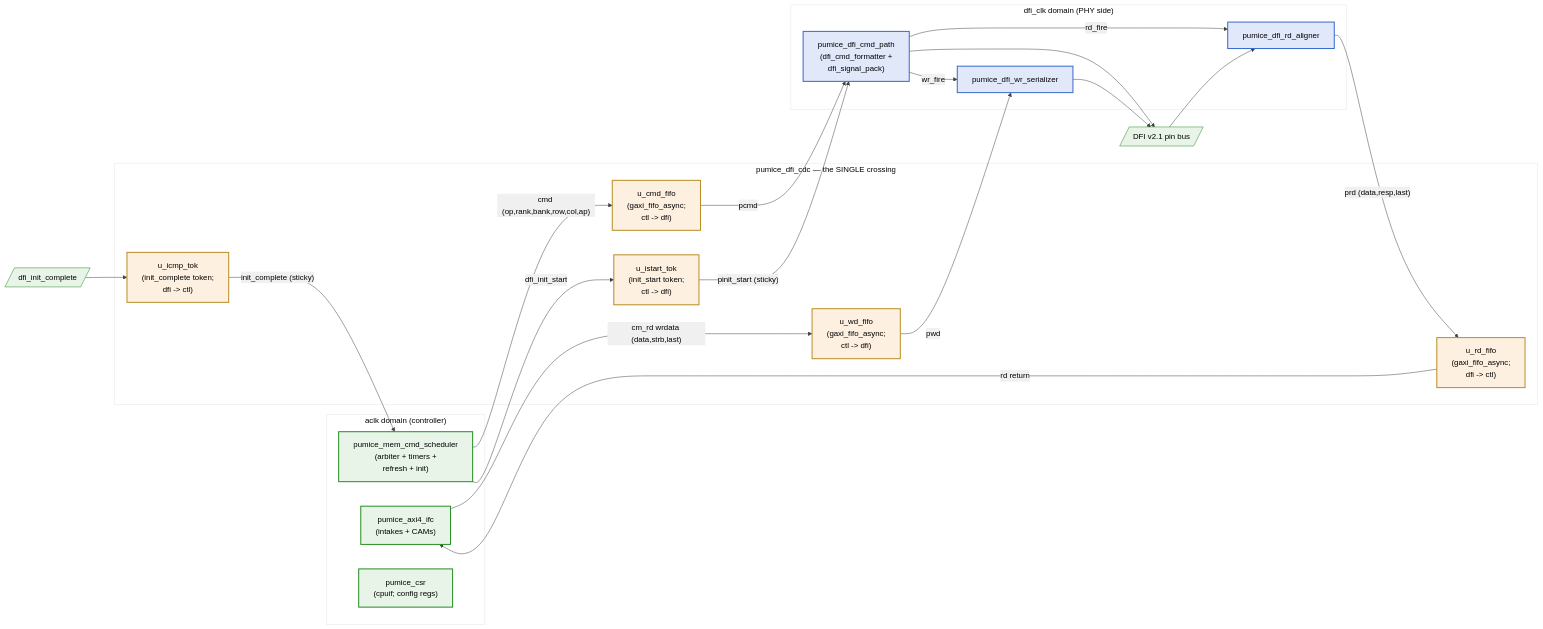
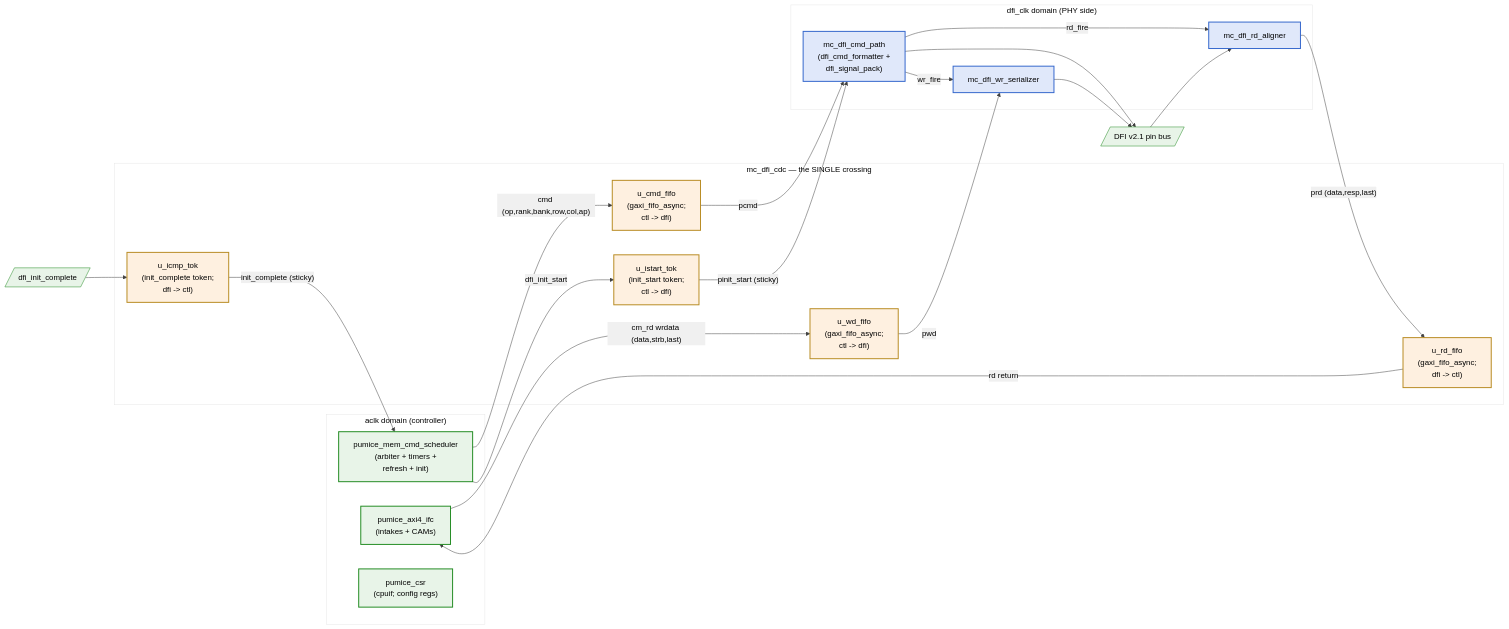
Before and after one commit to sean-galloway/RTLDesignSherpa: the diagram in projects/components/mem-ctrl-ip/research-ip/pumice-ddr2-lpddr2/docs/pumice_mas/assets/mermaid/04_clocks_cdc.mmd, drawn with Mermaid. The commit also changed 100 other files, not shown here.

```diff
--- a/projects/components/mem-ctrl-ip/research-ip/pumice-ddr2-lpddr2/docs/pumice_mas/assets/mermaid/04_clocks_cdc.mmd
+++ b/projects/components/mem-ctrl-ip/research-ip/pumice-ddr2-lpddr2/docs/pumice_mas/assets/mermaid/04_clocks_cdc.mmd
@@ -1,49 +1,49 @@
 %%{init: {'theme': 'base', 'themeVariables': { 'primaryColor': '#e8f4e8', 'primaryTextColor': '#000', 'primaryBorderColor': '#228B22', 'lineColor': '#404040', 'secondaryColor': '#f0f0f0', 'tertiaryColor': '#fff'}}}%%
 flowchart LR
     subgraph CTL["aclk domain (controller)"]
         ifc["pumice_axi4_ifc<br/>(intakes + CAMs)"]
         sched["pumice_mem_cmd_scheduler<br/>(arbiter + timers +<br/>refresh + init)"]
         csr["pumice_csr<br/>(cpuif; config regs)"]
     end
 
-    subgraph CDC["pumice_dfi_cdc — the SINGLE crossing"]
+    subgraph CDC["mc_dfi_cdc — the SINGLE crossing"]
         cmd_fifo["u_cmd_fifo<br/>(gaxi_fifo_async;<br/>ctl -> dfi)"]
         wd_fifo["u_wd_fifo<br/>(gaxi_fifo_async;<br/>ctl -> dfi)"]
         rd_fifo["u_rd_fifo<br/>(gaxi_fifo_async;<br/>dfi -> ctl)"]
         istart_tok["u_istart_tok<br/>(init_start token;<br/>ctl -> dfi)"]
         icmp_tok["u_icmp_tok<br/>(init_complete token;<br/>dfi -> ctl)"]
     end
 
     subgraph DFIDOM["dfi_clk domain (PHY side)"]
-        cmd_path["pumice_dfi_cmd_path<br/>(dfi_cmd_formatter +<br/>dfi_signal_pack)"]
-        wr_ser["pumice_dfi_wr_serializer"]
-        rd_align["pumice_dfi_rd_aligner"]
+        cmd_path["mc_dfi_cmd_path<br/>(dfi_cmd_formatter +<br/>dfi_signal_pack)"]
+        wr_ser["mc_dfi_wr_serializer"]
+        rd_align["mc_dfi_rd_aligner"]
     end
 
     sched -- "cmd (op,rank,bank,row,col,ap)" --> cmd_fifo
     ifc -- "cm_rd wrdata (data,strb,last)" --> wd_fifo
     sched -- "dfi_init_start" --> istart_tok
 
     cmd_fifo -- "pcmd" --> cmd_path
     wd_fifo -- "pwd" --> wr_ser
     istart_tok -- "pinit_start (sticky)" --> cmd_path
 
     rd_align -- "prd (data,resp,last)" --> rd_fifo
     rd_fifo -- "rd return" --> ifc
     icmp_tok -- "init_complete (sticky)" --> sched
 
     cmd_path -- "wr_fire" --> wr_ser
     cmd_path -- "rd_fire" --> rd_align
     PHY[/"dfi_init_complete"/] --> icmp_tok
 
     cmd_path --> DFIPIN[/"DFI v2.1 pin bus"/]
     wr_ser --> DFIPIN
     DFIPIN --> rd_align
 
     classDef ctl fill:#e8f4e8,stroke:#228B22,stroke-width:2px
     classDef cdc fill:#fef0e0,stroke:#B88B22,stroke-width:2px
     classDef dfi fill:#e0e8fa,stroke:#3366CC,stroke-width:2px
 
     class ifc,sched,csr ctl
     class cmd_fifo,wd_fifo,rd_fifo,istart_tok,icmp_tok cdc
     class cmd_path,wr_ser,rd_align dfi
```
